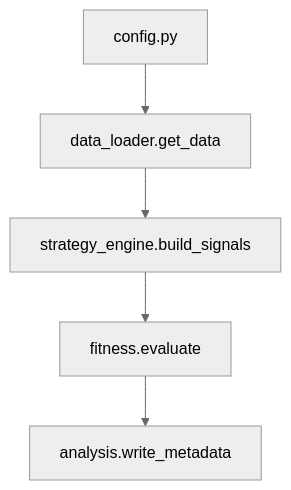
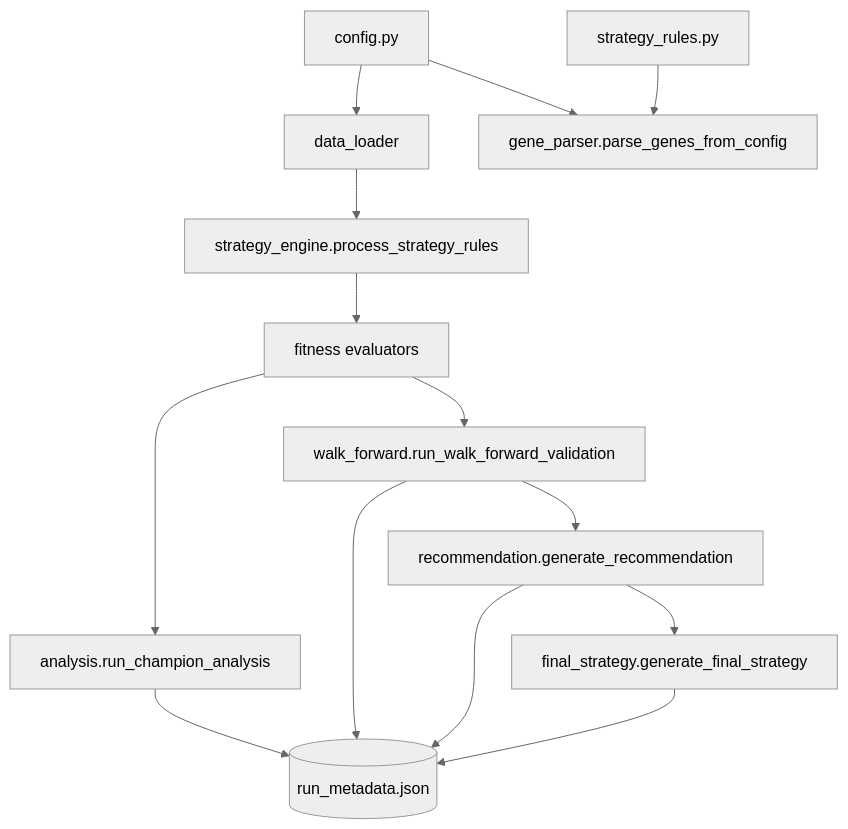
Before and after one commit to ctp5717/Gen_Algo: the diagram in docs/getting_started.md, drawn with Mermaid (neutral theme). The commit also changed other lines of this file and 5 other files, not shown here.

````diff
--- a/docs/getting_started.md
+++ b/docs/getting_started.md
@@ -48,7 +51,16 @@
 ```mermaid
 graph TD
-    A[config.py] --> B[data_loader.get_data]
-    B --> C[strategy_engine.build_signals]
-    C --> D[fitness.evaluate]
-    D --> E[analysis.write_metadata]
+    config[config.py] --> data_loader[data_loader]
+    config --> gene_parser[gene_parser.parse_genes_from_config]
+    strategy_rules[strategy_rules.py] --> gene_parser
+    data_loader --> strategy_engine[strategy_engine.process_strategy_rules]
+    strategy_engine --> fitness[fitness evaluators]
+    fitness --> analysis[analysis.run_champion_analysis]
+    fitness --> walk_forward[walk_forward.run_walk_forward_validation]
+    walk_forward --> recommendation[recommendation.generate_recommendation]
+    recommendation --> final_strategy[final_strategy.generate_final_strategy]
+    analysis --> run_metadata[(run_metadata.json)]
+    walk_forward --> run_metadata
+    recommendation --> run_metadata
+    final_strategy --> run_metadata
 ```
````
